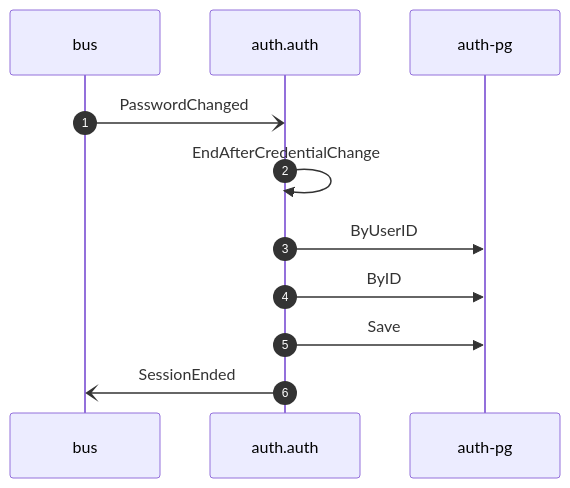
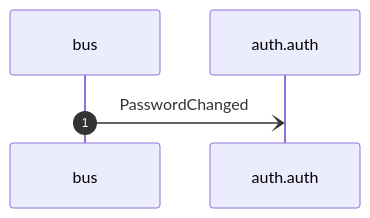
The diagram in exports/mermaid/auth-revoke-sessions-on-password-change.mmd (shortlink-org/portolan), drawn with Mermaid before and after one commit. The commit also changed 59 other files, not shown here.

First line of the commit message:
fix: make the tree build and check after merging the auth refactor

```diff
--- a/exports/mermaid/auth-revoke-sessions-on-password-change.mmd
+++ b/exports/mermaid/auth-revoke-sessions-on-password-change.mmd
@@ -1,11 +1,5 @@
 sequenceDiagram
     autonumber
     participant p0 as bus
     participant p1 as auth.auth
-    participant p2 as auth-pg
     p0-)p1: PasswordChanged
-    p1->>p1: EndAfterCredentialChange
-    p1->>p2: ByUserID
-    p1->>p2: ByID
-    p1->>p2: Save
-    p1-)p0: SessionEnded
```
